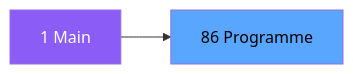
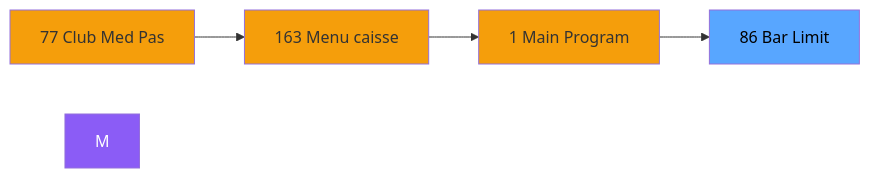
One commit to thonyAGP/magic-migration changed the second of 3 diagrams in .openspec/specs/ADH-IDE-86.md. Above: the diagram before and after it, drawn with Mermaid. The commit also changed other lines of this file and 323 other files, not shown here.

````diff
--- a/.openspec/specs/ADH-IDE-86.md
+++ b/.openspec/specs/ADH-IDE-86.md
@@ -102,8 +119,15 @@
 ```mermaid
 graph LR
-    M[1 Main]
-    T[86 Programme]
-    M --> T
+    N77[77 Club Med Pas]
+    N163[163 Menu caisse ]
+    N1[1 Main Program]
+    T[86 Bar Limit]
+    N77 --> N163
+    N163 --> N1
+    N1 --> T
     style M fill:#8b5cf6,color:#fff
+    style N77 fill:#f59e0b
+    style N163 fill:#f59e0b
+    style N1 fill:#f59e0b
     style T fill:#58a6ff,color:#000
 ```
````
